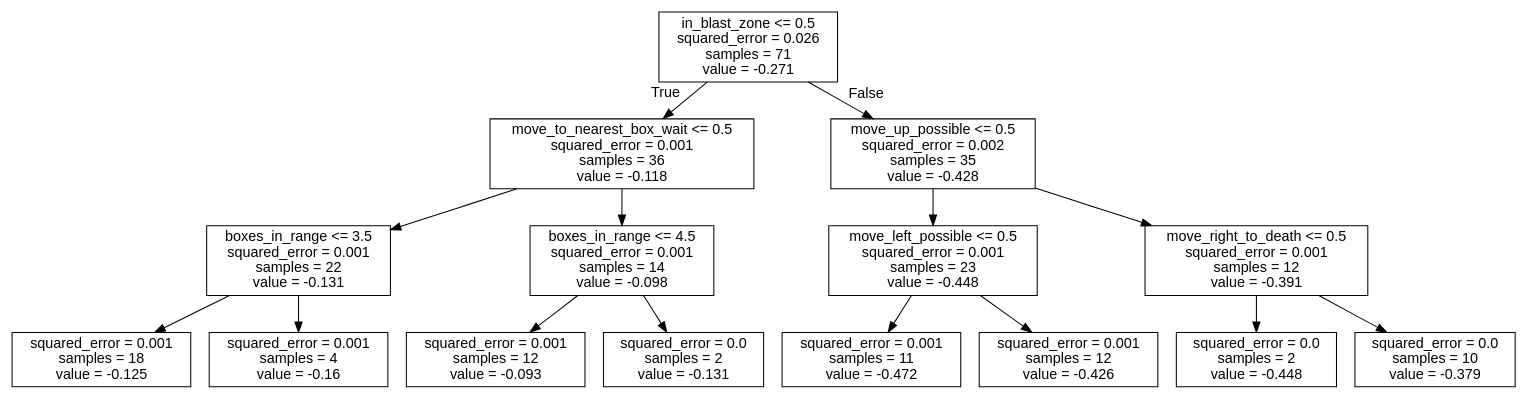
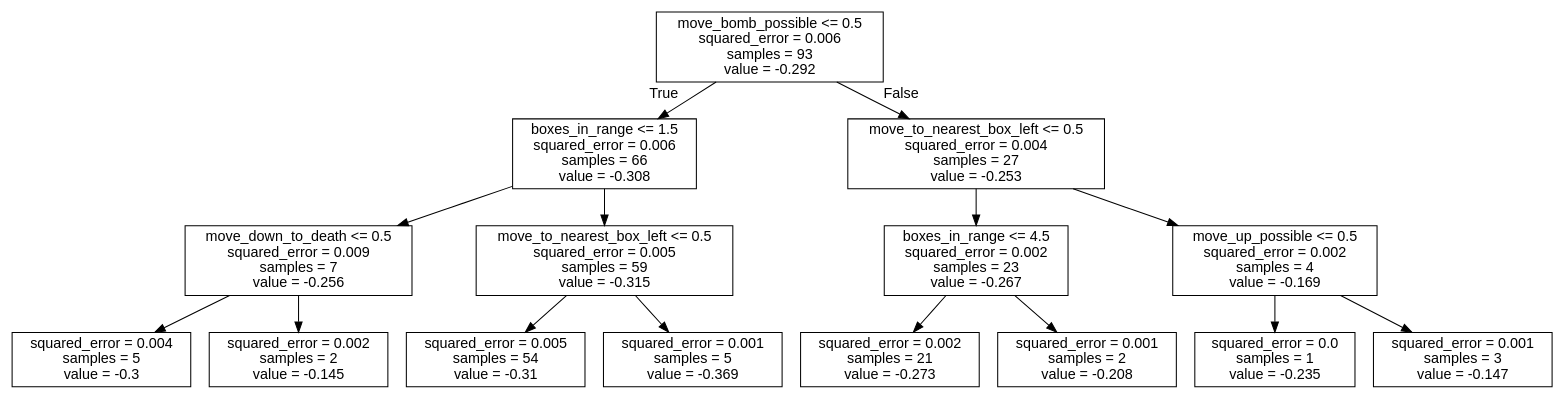
Before and after one commit to J-Gann/FML: the diagram in bomberman_rl/agent_code/my_agent/trees/WAIT.dot, drawn with Graphviz. The commit also changed 11 other files, not shown here.

```diff
--- a/bomberman_rl/agent_code/my_agent/trees/WAIT.dot
+++ b/bomberman_rl/agent_code/my_agent/trees/WAIT.dot
@@ -1,33 +1,33 @@
 digraph Tree {
 node [shape=box, fontname="helvetica"] ;
 edge [fontname="helvetica"] ;
-0 [label="in_blast_zone <= 0.5\nsquared_error = 0.026\nsamples = 71\nvalue = -0.271"] ;
-1 [label="move_to_nearest_box_wait <= 0.5\nsquared_error = 0.001\nsamples = 36\nvalue = -0.118"] ;
+0 [label="move_bomb_possible <= 0.5\nsquared_error = 0.006\nsamples = 93\nvalue = -0.292"] ;
+1 [label="boxes_in_range <= 1.5\nsquared_error = 0.006\nsamples = 66\nvalue = -0.308"] ;
 0 -> 1 [labeldistance=2.5, labelangle=45, headlabel="True"] ;
-2 [label="boxes_in_range <= 3.5\nsquared_error = 0.001\nsamples = 22\nvalue = -0.131"] ;
+2 [label="move_down_to_death <= 0.5\nsquared_error = 0.009\nsamples = 7\nvalue = -0.256"] ;
 1 -> 2 ;
-3 [label="squared_error = 0.001\nsamples = 18\nvalue = -0.125"] ;
+3 [label="squared_error = 0.004\nsamples = 5\nvalue = -0.3"] ;
 2 -> 3 ;
-4 [label="squared_error = 0.001\nsamples = 4\nvalue = -0.16"] ;
+4 [label="squared_error = 0.002\nsamples = 2\nvalue = -0.145"] ;
 2 -> 4 ;
-5 [label="boxes_in_range <= 4.5\nsquared_error = 0.001\nsamples = 14\nvalue = -0.098"] ;
+5 [label="move_to_nearest_box_left <= 0.5\nsquared_error = 0.005\nsamples = 59\nvalue = -0.315"] ;
 1 -> 5 ;
-6 [label="squared_error = 0.001\nsamples = 12\nvalue = -0.093"] ;
+6 [label="squared_error = 0.005\nsamples = 54\nvalue = -0.31"] ;
 5 -> 6 ;
-7 [label="squared_error = 0.0\nsamples = 2\nvalue = -0.131"] ;
+7 [label="squared_error = 0.001\nsamples = 5\nvalue = -0.369"] ;
 5 -> 7 ;
-8 [label="move_up_possible <= 0.5\nsquared_error = 0.002\nsamples = 35\nvalue = -0.428"] ;
+8 [label="move_to_nearest_box_left <= 0.5\nsquared_error = 0.004\nsamples = 27\nvalue = -0.253"] ;
 0 -> 8 [labeldistance=2.5, labelangle=-45, headlabel="False"] ;
-9 [label="move_left_possible <= 0.5\nsquared_error = 0.001\nsamples = 23\nvalue = -0.448"] ;
+9 [label="boxes_in_range <= 4.5\nsquared_error = 0.002\nsamples = 23\nvalue = -0.267"] ;
 8 -> 9 ;
-10 [label="squared_error = 0.001\nsamples = 11\nvalue = -0.472"] ;
+10 [label="squared_error = 0.002\nsamples = 21\nvalue = -0.273"] ;
 9 -> 10 ;
-11 [label="squared_error = 0.001\nsamples = 12\nvalue = -0.426"] ;
+11 [label="squared_error = 0.001\nsamples = 2\nvalue = -0.208"] ;
 9 -> 11 ;
-12 [label="move_right_to_death <= 0.5\nsquared_error = 0.001\nsamples = 12\nvalue = -0.391"] ;
+12 [label="move_up_possible <= 0.5\nsquared_error = 0.002\nsamples = 4\nvalue = -0.169"] ;
 8 -> 12 ;
-13 [label="squared_error = 0.0\nsamples = 2\nvalue = -0.448"] ;
+13 [label="squared_error = 0.0\nsamples = 1\nvalue = -0.235"] ;
 12 -> 13 ;
-14 [label="squared_error = 0.0\nsamples = 10\nvalue = -0.379"] ;
+14 [label="squared_error = 0.001\nsamples = 3\nvalue = -0.147"] ;
 12 -> 14 ;
 }
```
